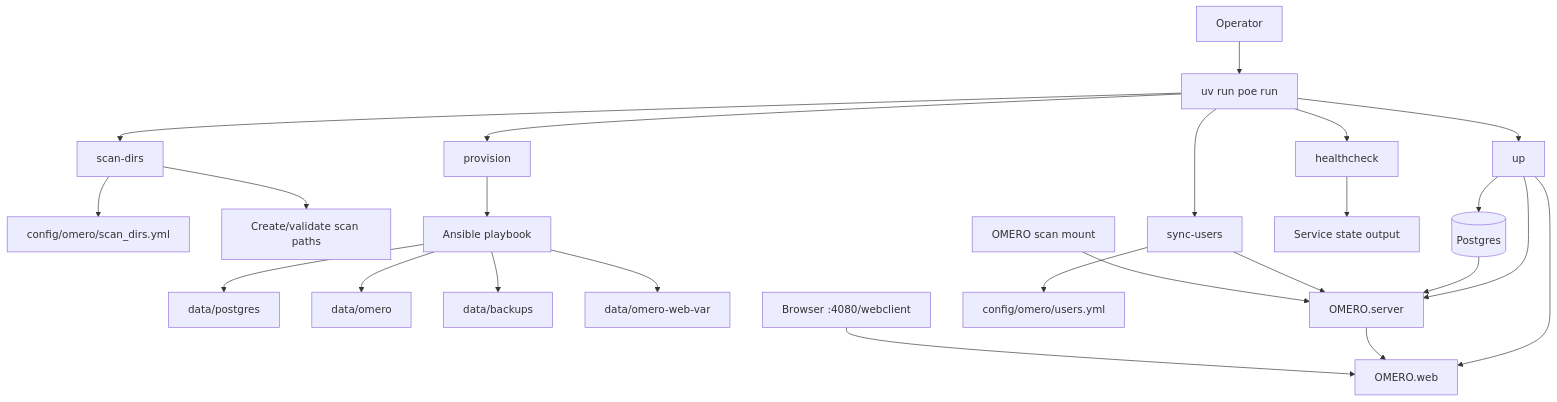
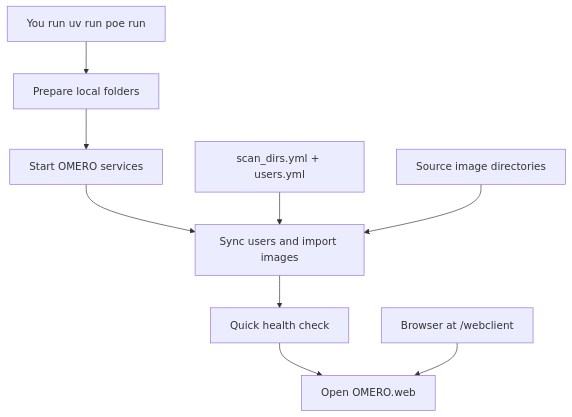
One commit to WayScience/habomero changed the diagram in README.md. Above: the diagram before and after it, drawn with Mermaid. The commit also changed other lines of this file and 8 other files, not shown here.

````diff
--- a/README.md
+++ b/README.md
@@ -15,32 +15,12 @@
 ```mermaid
 flowchart TD
-    A[Operator] --> B[uv run poe run]
+    A[You run uv run poe run] --> B[Prepare local folders]
+    B --> C[Start OMERO services]
+    C --> D[Sync users and import images]
+    D --> E[Quick health check]
+    E --> F[Open OMERO.web]
 
-    B --> C[scan-dirs]
-    C --> C1[config/omero/scan_dirs.yml]
-    C --> C2[Create/validate scan paths]
-
-    B --> D[provision]
-    D --> D1[Ansible playbook]
-    D1 --> D2[data/postgres]
-    D1 --> D3[data/omero]
-    D1 --> D4[data/backups]
-    D1 --> D5[data/omero-web-var]
-
-    B --> E[up]
-    E --> F[(Postgres)]
-    E --> G[OMERO.server]
-    E --> H[OMERO.web]
-    F --> G
-    G --> H
-
-    B --> I[sync-users]
-    I --> I1[config/omero/users.yml]
-    I --> G
-
-    B --> J[healthcheck]
-    J --> K[Service state output]
-
-    L[Browser :4080/webclient] --> H
-    M[OMERO scan mount] --> G
+    G[scan_dirs.yml + users.yml] --> D
+    H[Source image directories] --> D
+    I[Browser at /webclient] --> F
 ```
````
